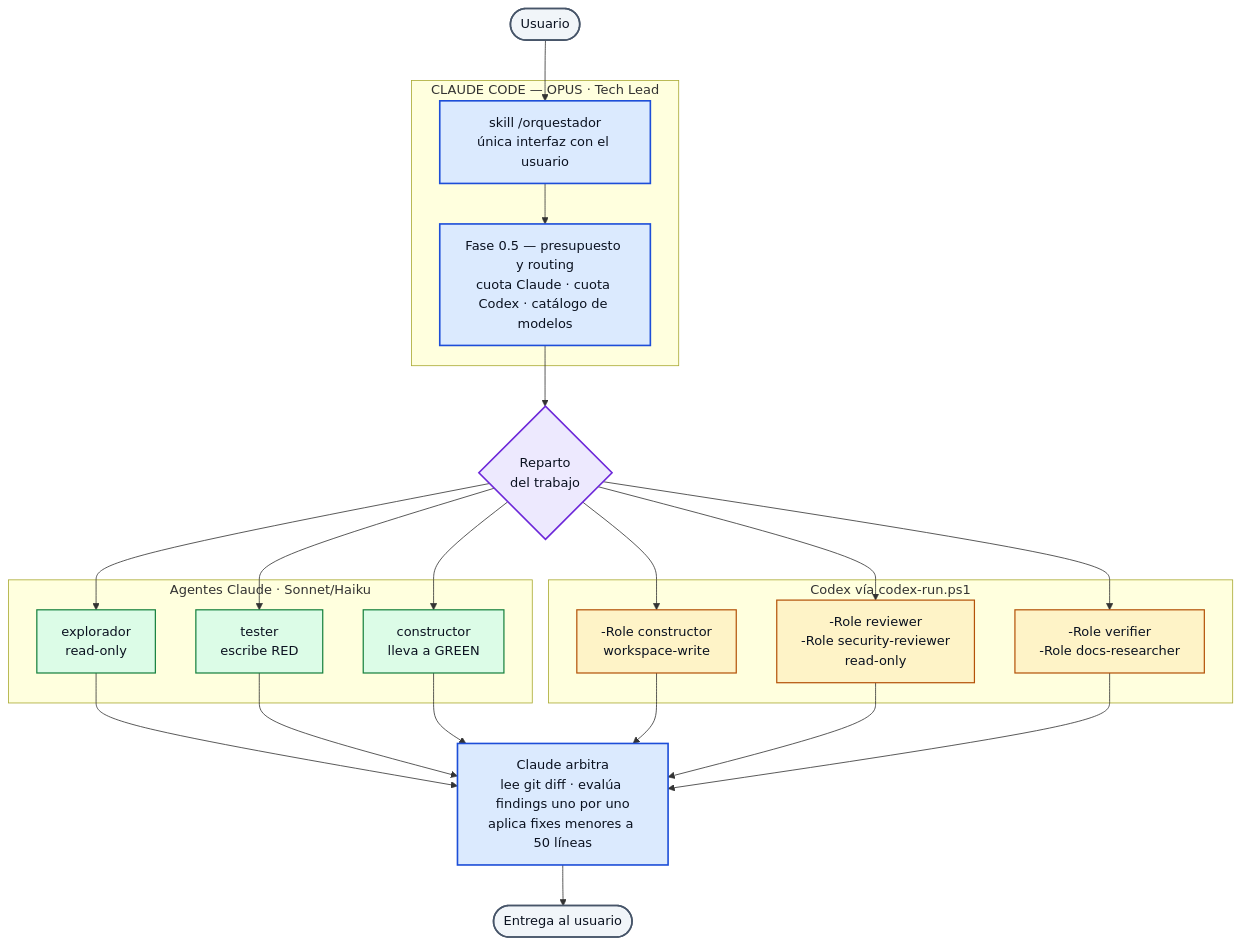
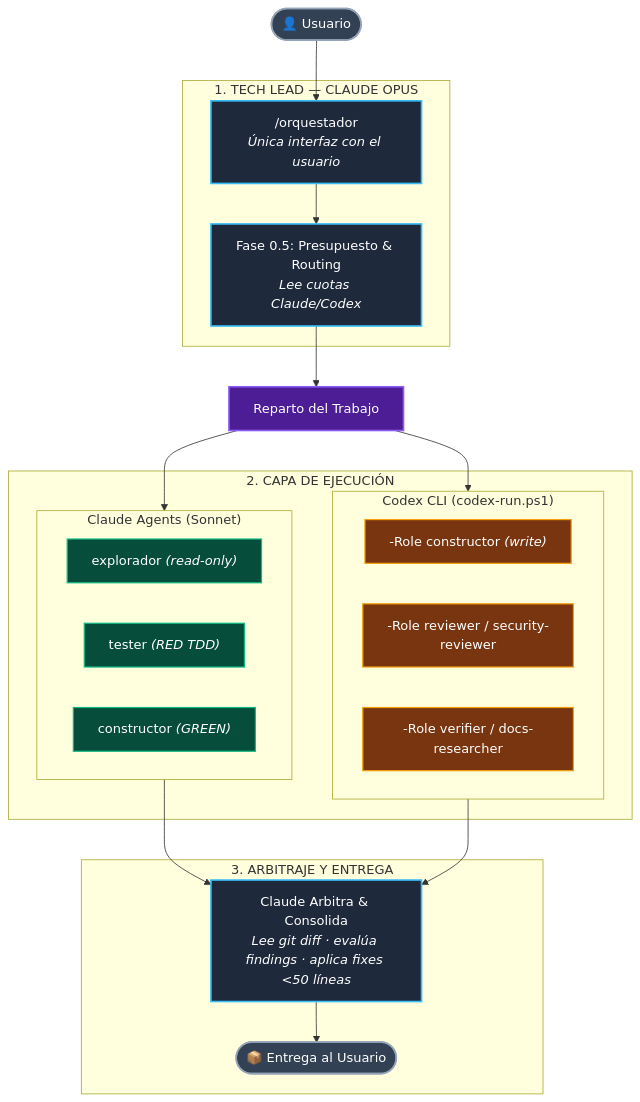
Before and after one commit to Javier12301/ClaudeGPT: the first of 5 diagrams in README.md, drawn with Mermaid. The commit also changed other lines of this file and 1 other file, not shown here.

````diff
--- a/README.md
+++ b/README.md
@@ -54,53 +50,50 @@
 ```mermaid
 flowchart TD
-    USR([Usuario]) --> TL
+    USR([👤 Usuario]) --> TL
 
-    subgraph LEAD["CLAUDE CODE — OPUS · Tech Lead"]
-        TL["skill /orquestador<br/>única interfaz con el usuario"]
-        F05["Fase 0.5 — presupuesto y routing<br/>cuota Claude · cuota Codex · catálogo de modelos"]
+    subgraph LEAD["1. TECH LEAD — CLAUDE OPUS"]
+        TL["/orquestador<br/><i>Única interfaz con el usuario</i>"]
+        F05["Fase 0.5: Presupuesto & Routing<br/><i>Lee cuotas Claude/Codex</i>"]
         TL --> F05
     end
 
-    F05 --> DISP{Reparto<br/>del trabajo}
+    F05 --> DISP["Reparto del Trabajo"]
 
-    subgraph CL["Agentes Claude · Sonnet/Haiku"]
-        EXP["explorador<br/>read-only"]
-        TST["tester<br/>escribe RED"]
-        CON["constructor<br/>lleva a GREEN"]
+    subgraph EXEC["2. CAPA DE EJECUCIÓN"]
+        subgraph CL["Claude Agents (Sonnet)"]
+            EXP["explorador <i>(read-only)</i>"]
+            TST["tester <i>(RED TDD)</i>"]
+            CON["constructor <i>(GREEN)</i>"]
+        end
+
+        subgraph CX["Codex CLI (codex-run.ps1)"]
+            CXC["-Role constructor <i>(write)</i>"]
+            CXR["-Role reviewer / security-reviewer"]
+            CXV["-Role verifier / docs-researcher"]
+        end
     end
 
-    subgraph CX["Codex vía codex-run.ps1"]
-        CXC["-Role constructor<br/>workspace-write"]
-        CXR["-Role reviewer<br/>-Role security-reviewer<br/>read-only"]
-        CXV["-Role verifier<br/>-Role docs-researcher"]
+    DISP --> CL
+    DISP --> CX
+
+    CL --> ARB
+    CX --> ARB
+
+    subgraph FINAL["3. ARBITRAJE Y ENTREGA"]
+        ARB["Claude Arbitra & Consolida<br/><i>Lee git diff · evalúa findings · aplica fixes &lt;50 líneas</i>"]
+        OUT([📦 Entrega al Usuario])
+        ARB --> OUT
     end
 
-    DISP --> EXP
-    DISP --> TST
-    DISP --> CON
-    DISP --> CXC
-    DISP --> CXR
-    DISP --> CXV
-
-    EXP --> ARB
-    TST --> ARB
-    CON --> ARB
-    CXC --> ARB
-    CXR --> ARB
-    CXV --> ARB
-
-    ARB["Claude arbitra<br/>lee git diff · evalúa findings uno por uno<br/>aplica fixes menores a 50 líneas"]
-    ARB --> OUT([Entrega al usuario])
-
-    classDef lead fill:#dbeafe,stroke:#1d4ed8,stroke-width:2px,color:#0b1220
-    classDef claude fill:#dcfce7,stroke:#15803d,stroke-width:1.5px,color:#0b1220
-    classDef codex fill:#fef3c7,stroke:#b45309,stroke-width:1.5px,color:#0b1220
-    classDef gate fill:#ede9fe,stroke:#6d28d9,stroke-width:2px,color:#0b1220
-    classDef io fill:#f1f5f9,stroke:#475569,stroke-width:2px,color:#0b1220
+    classDef lead fill:#1e293b,stroke:#38bdf8,stroke-width:2px,color:#ffffff
+    classDef claude fill:#064e3b,stroke:#10b981,stroke-width:1.5px,color:#ffffff
+    classDef codex fill:#78350f,stroke:#f59e0b,stroke-width:1.5px,color:#ffffff
+    classDef gate fill:#4c1d95,stroke:#8b5cf6,stroke-width:2px,color:#ffffff
+    classDef io fill:#334155,stroke:#94a3b8,stroke-width:2px,color:#ffffff
 
     class TL,F05,ARB lead
     class EXP,TST,CON claude
     class CXC,CXR,CXV codex
     class DISP gate
     class USR,OUT io
 ```
````
